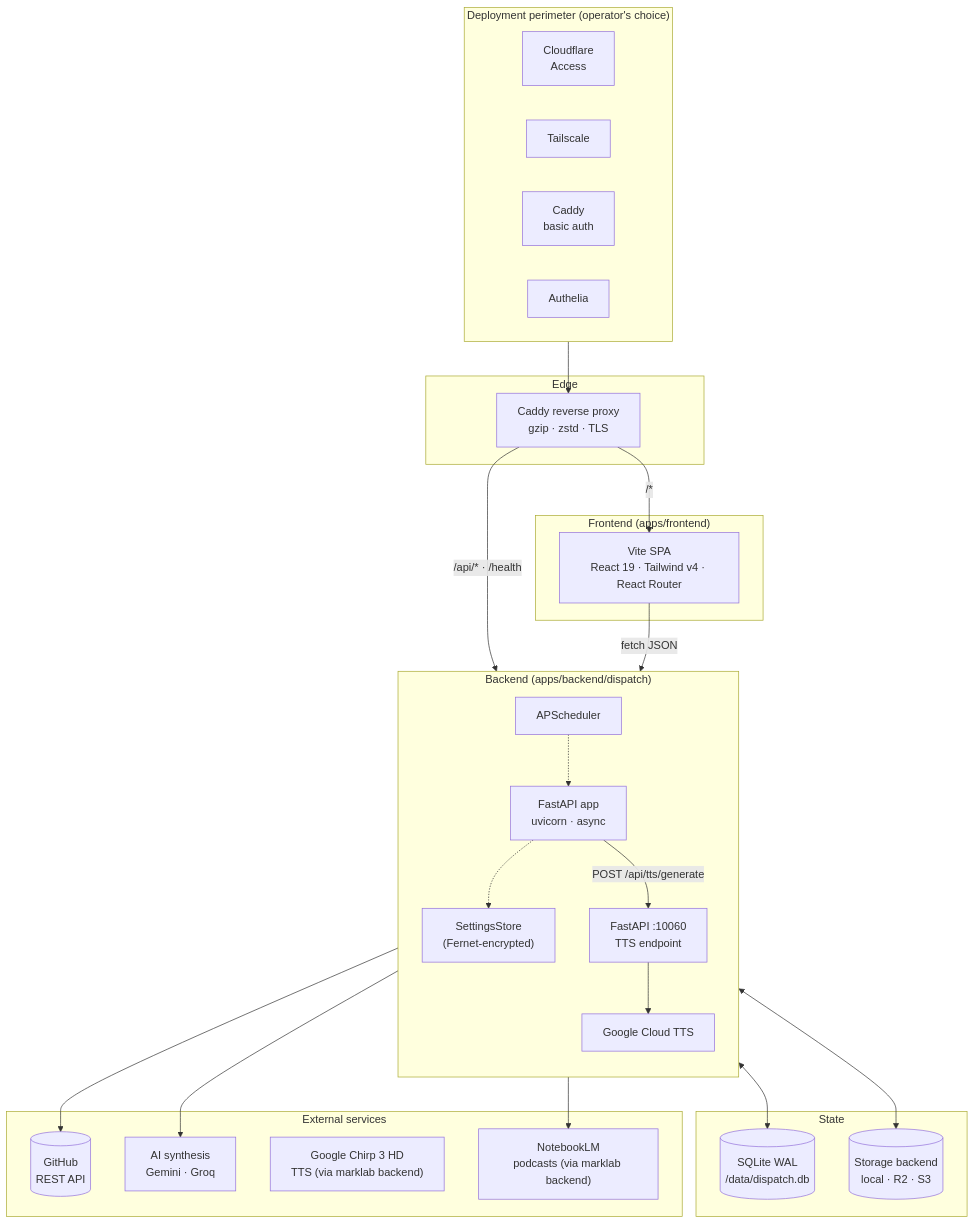
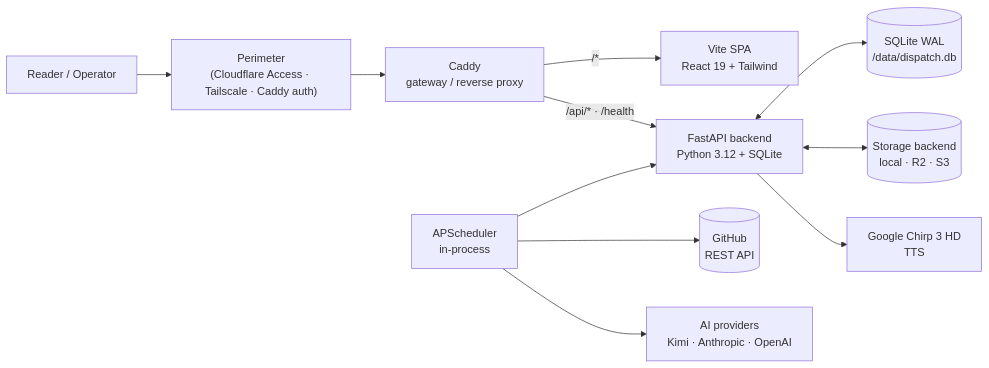
Before and after one commit to markdavidgan/dispatch: the first of 4 diagrams in docs/architecture/ARCHITECTURE.md, drawn with Mermaid. The commit also changed other lines of this file and 4 other files, not shown here.

First line of the commit message:
docs(architecture): restructure docs around two deployment modes

````diff
--- a/docs/architecture/ARCHITECTURE.md
+++ b/docs/architecture/ARCHITECTURE.md
@@ -35,56 +24,24 @@
 ```mermaid
-flowchart TB
-    subgraph perimeter["Deployment perimeter (operator's choice)"]
-        direction LR
-        cf["Cloudflare<br/>Access"]
-        ts["Tailscale"]
-        ba["Caddy<br/>basic auth"]
-        au["Authelia"]
-    end
+flowchart LR
+    user["Reader / Operator"]
+    perimeter["Perimeter<br/>(Cloudflare Access · Tailscale · Caddy auth)"]
+    caddy["Caddy<br/>gateway / reverse proxy"]
+    spa["Vite SPA<br/>React 19 + Tailwind"]
+    api["FastAPI backend<br/>Python 3.12 + SQLite"]
+    db[("SQLite WAL<br/>/data/dispatch.db")]
+    sched["APScheduler<br/>in-process"]
+    storage[("Storage backend<br/>local · R2 · S3")]
+    github[("GitHub<br/>REST API")]
+    ai["AI providers<br/>Kimi · Anthropic · OpenAI"]
+    tts["Google Chirp 3 HD<br/>TTS"]
 
-    subgraph edge["Edge"]
-        caddy["Caddy reverse proxy<br/>gzip · zstd · TLS"]
-    end
-
-    subgraph frontend["Frontend (apps/frontend)"]
-        spa["Vite SPA<br/>React 19 · Tailwind v4 · React Router"]
-    end
-
-    subgraph backend["Backend (apps/backend/dispatch)"]
-        direction TB
-        api["FastAPI app<br/>uvicorn · async"]
-        sched["APScheduler"]
-        store["SettingsStore<br/>(Fernet-encrypted)"]
-        api -.-> store
-        sched -.-> api
-    end
-
-    subgraph data["State"]
-        db[("SQLite WAL<br/>/data/dispatch.db")]
-        media[("Storage backend<br/>local · R2 · S3")]
-    end
-
-    subgraph external["External services"]
-        gh[("GitHub<br/>REST API")]
-        ai["AI synthesis<br/>Gemini · Groq"]
-        tts["Google Chirp 3 HD<br/>TTS (via marklab backend)"]
-        nlm["NotebookLM<br/>podcasts (via marklab backend)"]
-    end
-
-    perimeter --> caddy
+    user --> perimeter --> caddy
     caddy -->|"/*"| spa
     caddy -->|"/api/* · /health"| api
-    spa -->|fetch JSON| api
     api <--> db
-    api <--> media
-    api -->|"POST /api/tts/generate"| tts_be
-    sched --> gh
+    api <--> storage
+    sched --> api
+    sched --> github
     sched --> ai
-    sched --> nlm
-    tts_be --> tts_ext
-
-    subgraph backend["Backend (marklab)"]
-        tts_be["FastAPI :10060\nTTS endpoint"]
-        tts_ext["Google Cloud TTS"]
-    end
+    api --> tts
 ```
````
